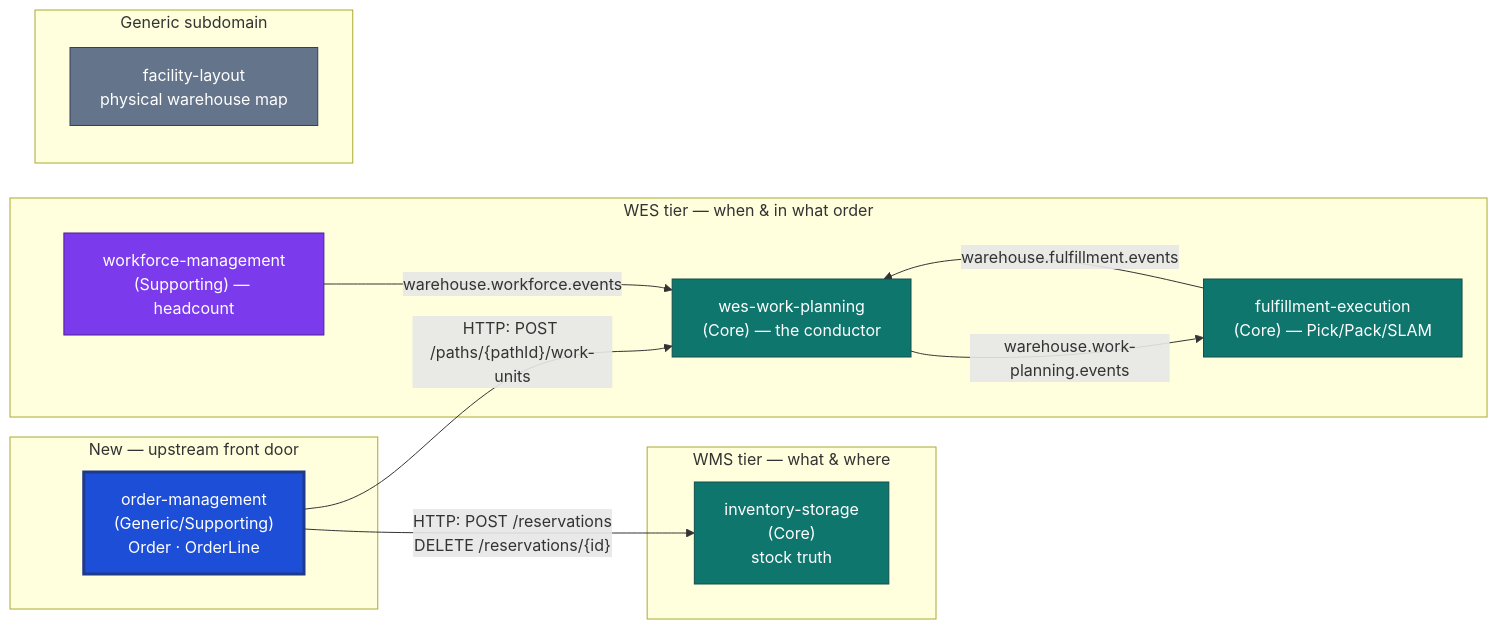
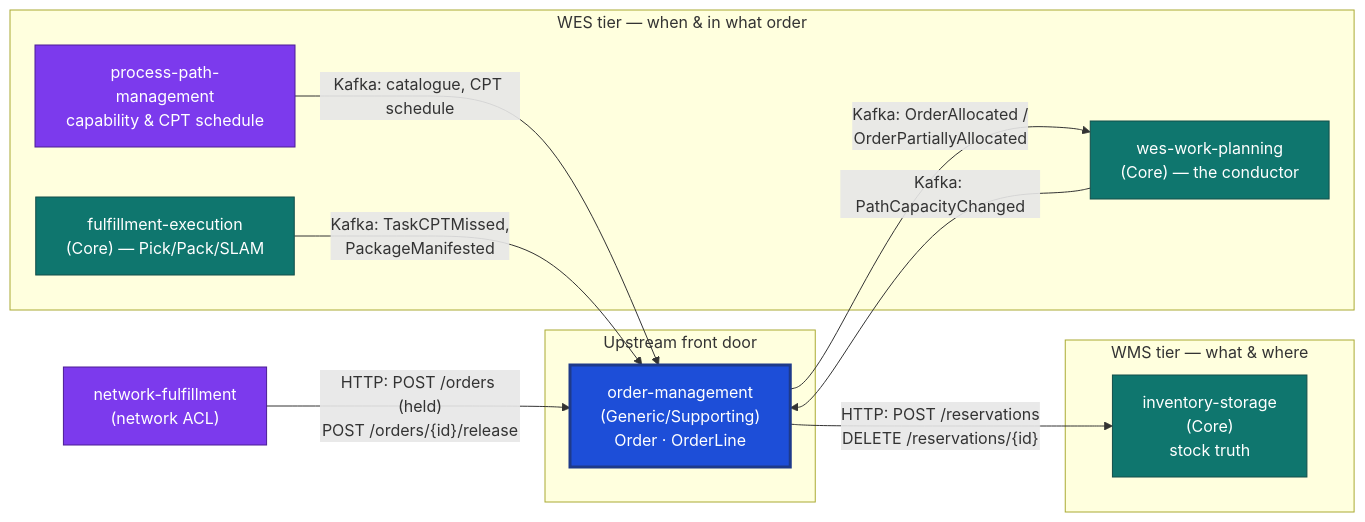
The diagram in docs/docs/overview/introduction.md (claudioed/order-management), drawn with Mermaid before and after one commit. The commit also changed other lines of this file and 40 other files, not shown here.

````diff
--- a/docs/docs/overview/introduction.md
+++ b/docs/docs/overview/introduction.md
@@ -81,32 +85,29 @@
 ```mermaid
 flowchart LR
-  subgraph NEW["New — upstream front door"]
+  NF["network-fulfillment<br/>(network ACL)"]
+  subgraph NEW["Upstream front door"]
     OM["order-management<br/>(Generic/Supporting)<br/>Order · OrderLine"]
   end
   subgraph WMS["WMS tier — what & where"]
     INV["inventory-storage<br/>(Core)<br/>stock truth"]
   end
   subgraph WES["WES tier — when & in what order"]
+    PPM["process-path-management<br/>capability & CPT schedule"]
     WP["wes-work-planning<br/>(Core) — the conductor"]
     FE["fulfillment-execution<br/>(Core) — Pick/Pack/SLAM"]
-    WM["workforce-management<br/>(Supporting) — headcount"]
-  end
-  subgraph GEN["Generic subdomain"]
-    FL["facility-layout<br/>physical warehouse map"]
   end
 
+  NF -- "HTTP: POST /orders (held)<br/>POST /orders/{id}/release" --> OM
   OM -- "HTTP: POST /reservations<br/>DELETE /reservations/{id}" --> INV
-  OM -- "HTTP: POST /paths/{pathId}/work-units" --> WP
-  WP -- "warehouse.work-planning.events" --> FE
-  WM -- "warehouse.workforce.events" --> WP
-  FE -- "warehouse.fulfillment.events" --> WP
+  OM -- "Kafka: OrderAllocated /<br/>OrderPartiallyAllocated" --> WP
+  PPM -- "Kafka: catalogue, CPT schedule" --> OM
+  WP -- "Kafka: PathCapacityChanged" --> OM
+  FE -- "Kafka: TaskCPTMissed,<br/>PackageManifested" --> OM
 
   classDef this fill:#1d4ed8,stroke:#1e3a8a,color:#fff,stroke-width:3px;
   classDef core fill:#0f766e,stroke:#134e4a,color:#fff;
   classDef supp fill:#7c3aed,stroke:#4c1d95,color:#fff;
-  classDef gen fill:#64748b,stroke:#334155,color:#fff;
   class OM this;
   class INV,WP,FE core;
-  class WM supp;
-  class FL gen;
+  class PPM,NF supp;
 ```
````
